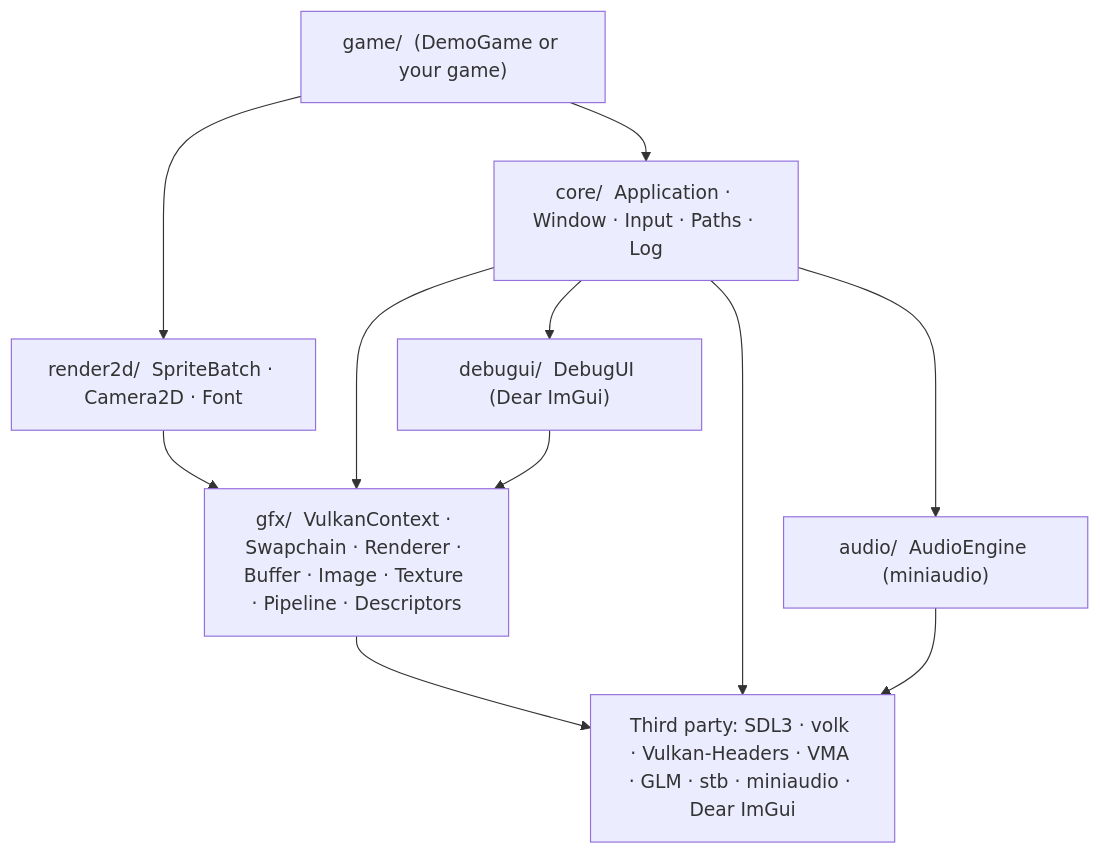
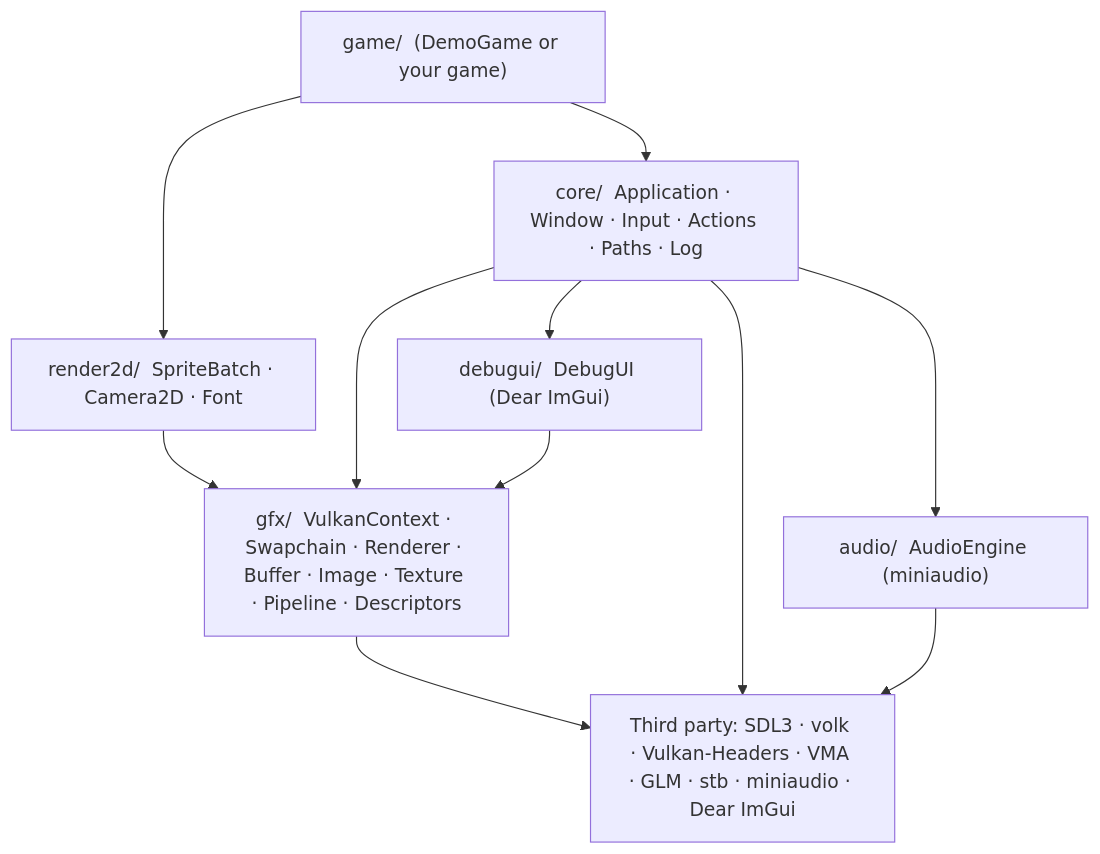
One commit to Chuck5ta/2DBaseFramework changed the first of 9 diagrams in docs/ARCHITECTURE.md. Above: the diagram before and after it, drawn with Mermaid. The commit also changed other lines of this file and 10 other files, not shown here.

First line of the commit message:
Input actions implemented

````diff
--- a/docs/ARCHITECTURE.md
+++ b/docs/ARCHITECTURE.md
@@ -33,21 +33,21 @@
 ```mermaid
 flowchart TD
     game["game/  (DemoGame or your game)"]
     r2d["render2d/  SpriteBatch · Camera2D · Font"]
-    core["core/  Application · Window · Input · Paths · Log"]
+    core["core/  Application · Window · Input · Actions · Paths · Log"]
     aud["audio/  AudioEngine (miniaudio)"]
     dbg["debugui/  DebugUI (Dear ImGui)"]
     gfx["gfx/  VulkanContext · Swapchain · Renderer · Buffer · Image · Texture · Pipeline · Descriptors"]
     third["Third party: SDL3 · volk · Vulkan-Headers · VMA · GLM · stb · miniaudio · Dear ImGui"]
 
     game --> r2d
     game --> core
     r2d --> gfx
     core --> gfx
     core --> aud
     core --> dbg
     dbg --> gfx
     gfx --> third
     core --> third
     aud --> third
 ```
````
